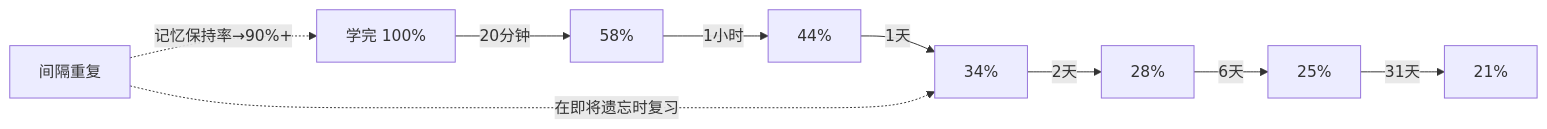
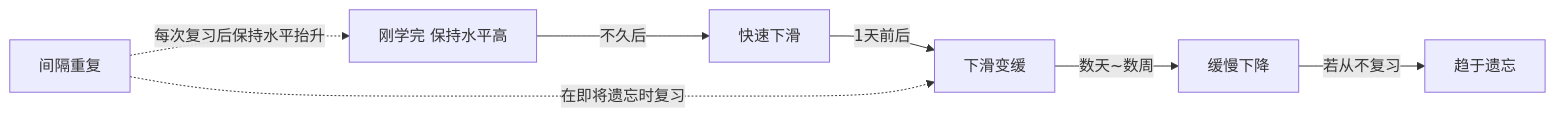
The second of 5 diagrams in 01-记忆科学基础.md (brother2050/memory-guide), drawn with Mermaid before and after one commit. The commit also changed other lines of this file and 125 other files, not shown here.

````diff
--- a/01-记忆科学基础.md
+++ b/01-记忆科学基础.md
@@ -78,12 +78,10 @@
 ```mermaid
 graph LR
-    A["学完 100%"] -->|"20分钟"| B["58%"]
-    B -->|"1小时"| C["44%"]
-    C -->|"1天"| D["34%"]
-    D -->|"2天"| E["28%"]
-    E -->|"6天"| F["25%"]
-    F -->|"31天"| G["21%"]
+    A["刚学完 保持水平高"] -->|"不久后"| B["快速下滑"]
+    B -->|"1天前后"| C["下滑变缓"]
+    C -->|"数天~数周"| D["缓慢下降"]
+    D -->|"若从不复习"| E["趋于遗忘"]
 
-    H["间隔重复"] -.->|"在即将遗忘时复习"| D
-    H -.->|"记忆保持率→90%+"| A
+    H["间隔重复"] -.->|"在即将遗忘时复习"| C
+    H -.->|"每次复习后保持水平抬升"| A
 ```
````
